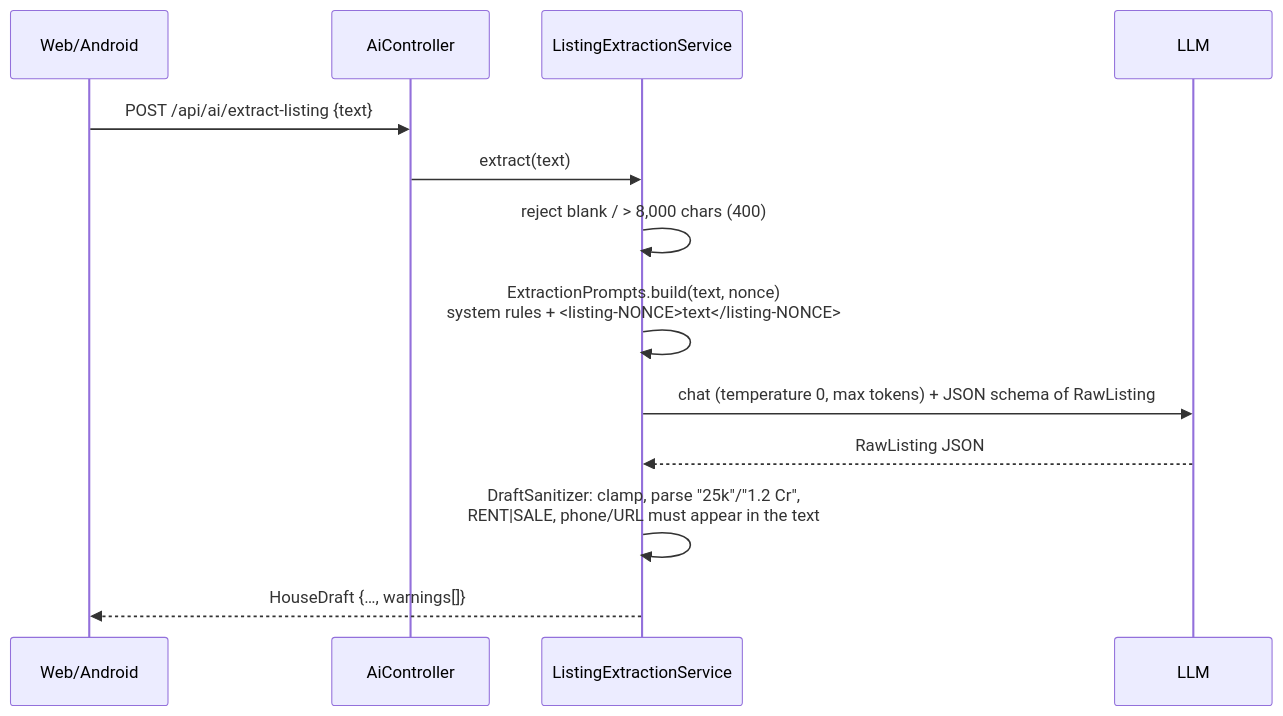
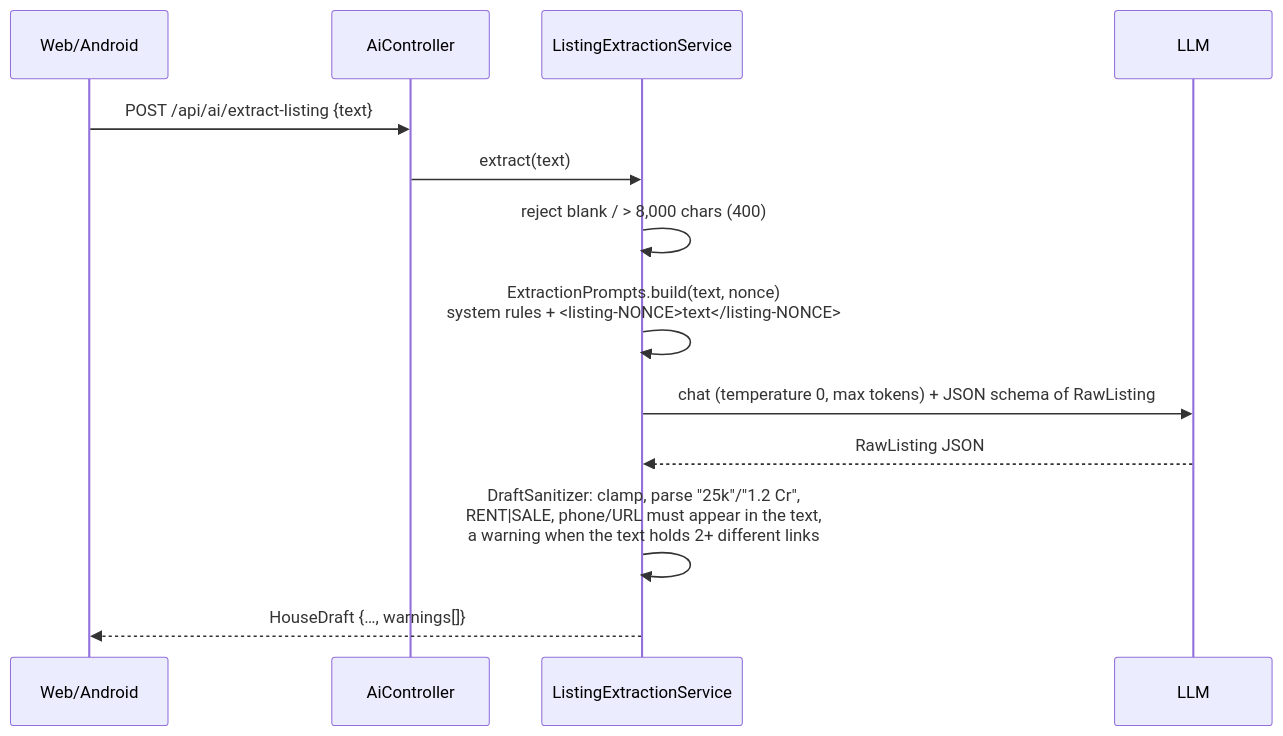
Before and after one commit to Sriram-Codes-SW/doorprints: the second of 6 diagrams in docs/ai/ai-design.md, drawn with Mermaid. The commit also changed other lines of this file and 38 other files, not shown here.

First line of the commit message:
feat: Extract warns about several links and shows when a long paste is cut (S4b-BL-182)

````diff
--- a/docs/ai/ai-design.md
+++ b/docs/ai/ai-design.md
@@ -468,15 +469,15 @@
 ```mermaid
 sequenceDiagram
   participant App as Web/Android
   participant API as AiController
   participant S as ListingExtractionService
   participant M as LLM
   App->>API: POST /api/ai/extract-listing {text}
   API->>S: extract(text)
   S->>S: reject blank / > 8,000 chars (400)
   S->>S: ExtractionPrompts.build(text, nonce)<br/>system rules + <listing-NONCE>text</listing-NONCE>
   S->>M: chat (temperature 0, max tokens) + JSON schema of RawListing
   M-->>S: RawListing JSON
-  S->>S: DraftSanitizer: clamp, parse "25k"/"1.2 Cr",<br/>RENT|SALE, phone/URL must appear in the text
+  S->>S: DraftSanitizer: clamp, parse "25k"/"1.2 Cr",<br/>RENT|SALE, phone/URL must appear in the text,<br/>a warning when the text holds 2+ different links
   S-->>App: HouseDraft {…, warnings[]}
 ```
````
